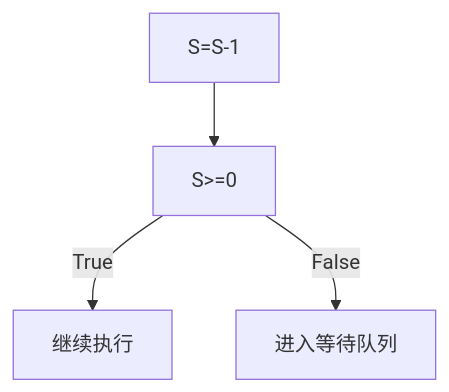
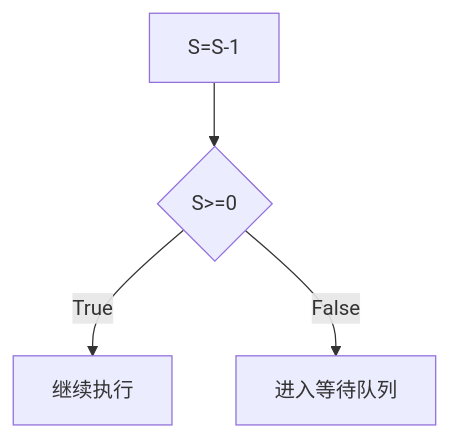
One commit to thesixonenine/notebook changed the diagram in Exam/Software-Designer/3.01 操作系统原理.md. Above: the diagram before and after it, drawn with Mermaid.

Commit message:
test mermaid

````diff
--- a/Exam/Software-Designer/3.01 操作系统原理.md
+++ b/Exam/Software-Designer/3.01 操作系统原理.md
@@ -91,6 +91,6 @@
 ```mermaid
 graph TD;
-    A[S=S-1]-->B[S>=0];
-    B-->|True|C[继续执行];
-    B-->|False|D[进入等待队列];
+    A[S=S-1] --> B{S>=0};
+    B -->|True| C[继续执行];
+    B -->|False| D[进入等待队列];
 ```
````
